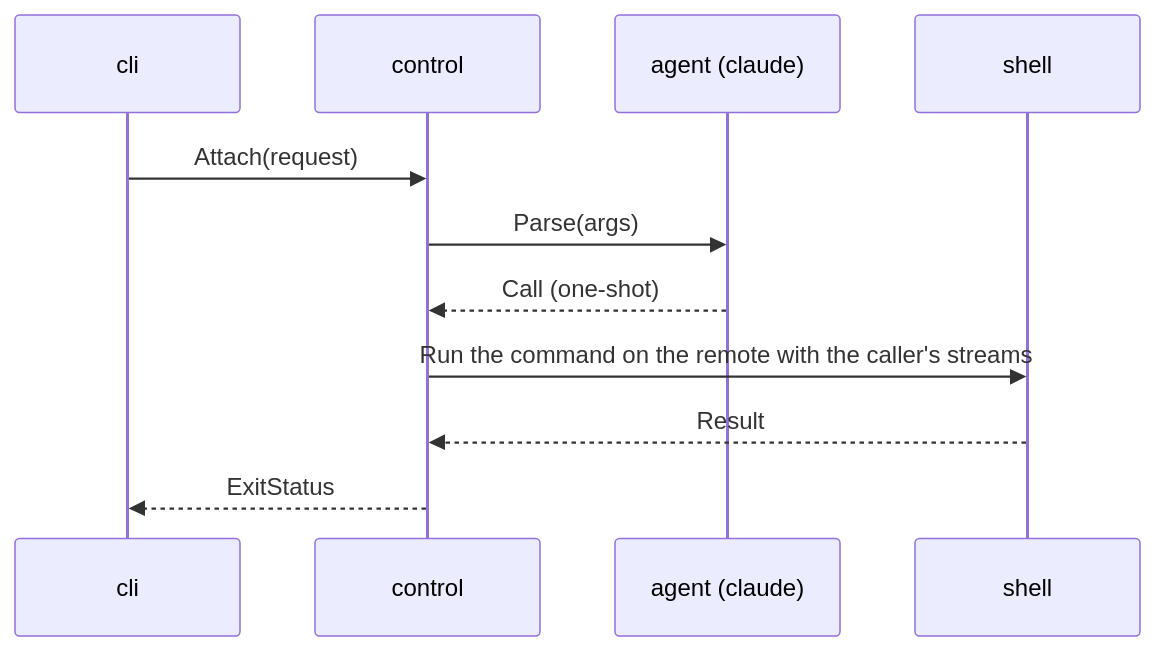
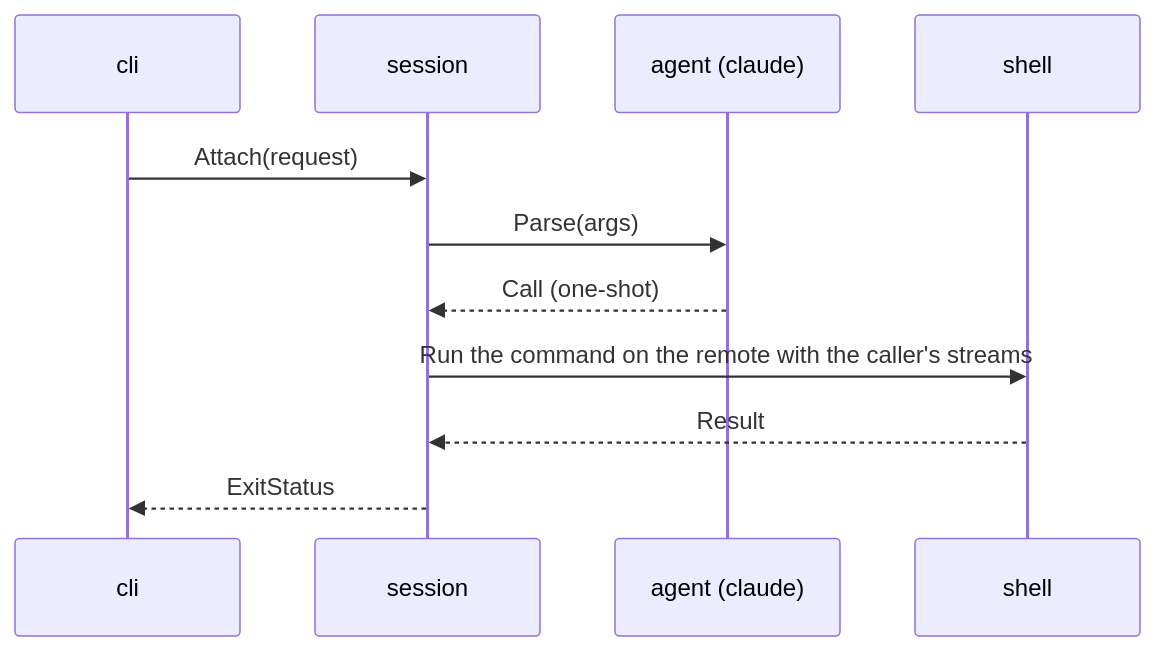
Before and after one commit to zerlok/hermod: the ninth of 15 diagrams in docs/ARCHITECTURE.md, drawn with Mermaid. The commit also changed other lines of this file and 12 other files, not shown here.

First line of the commit message:
docs(air): sync architecture and the add-air-bridge change with the draft

````diff
--- a/docs/ARCHITECTURE.md
+++ b/docs/ARCHITECTURE.md
@@ -592,13 +721,13 @@
 ```mermaid
 sequenceDiagram
     participant cli
-    participant control
+    participant session
     participant agent as agent (claude)
     participant shell
-    cli ->> control: Attach(request)
-    control ->> agent: Parse(args)
-    agent -->> control: Call (one-shot)
-    control ->> shell: Run the command on the remote with the caller's streams
-    shell -->> control: Result
-    control -->> cli: ExitStatus
+    cli ->> session: Attach(request)
+    session ->> agent: Parse(args)
+    agent -->> session: Call (one-shot)
+    session ->> shell: Run the command on the remote with the caller's streams
+    shell -->> session: Result
+    session -->> cli: ExitStatus
 ```
````
